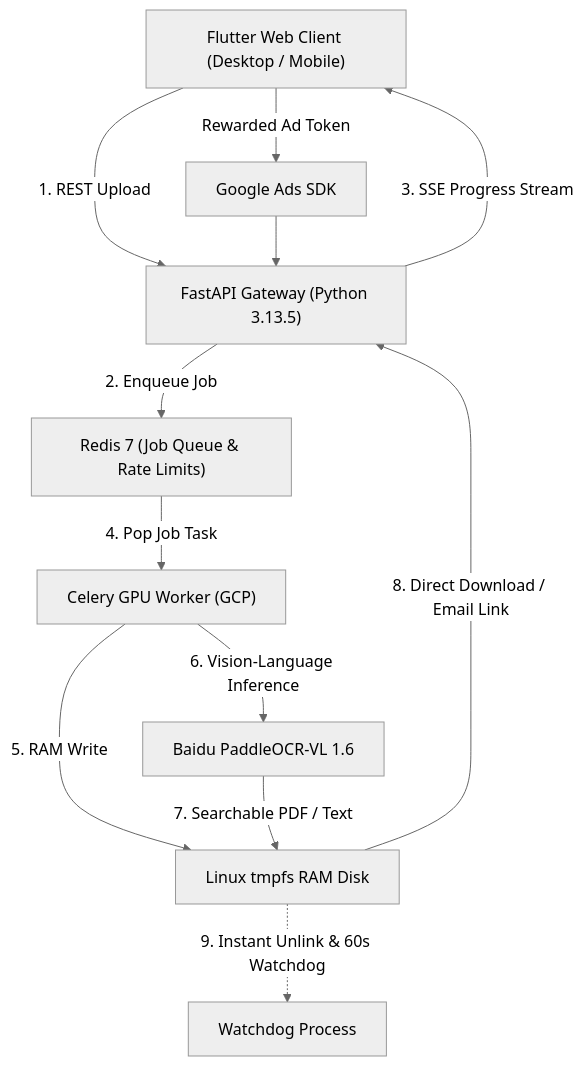
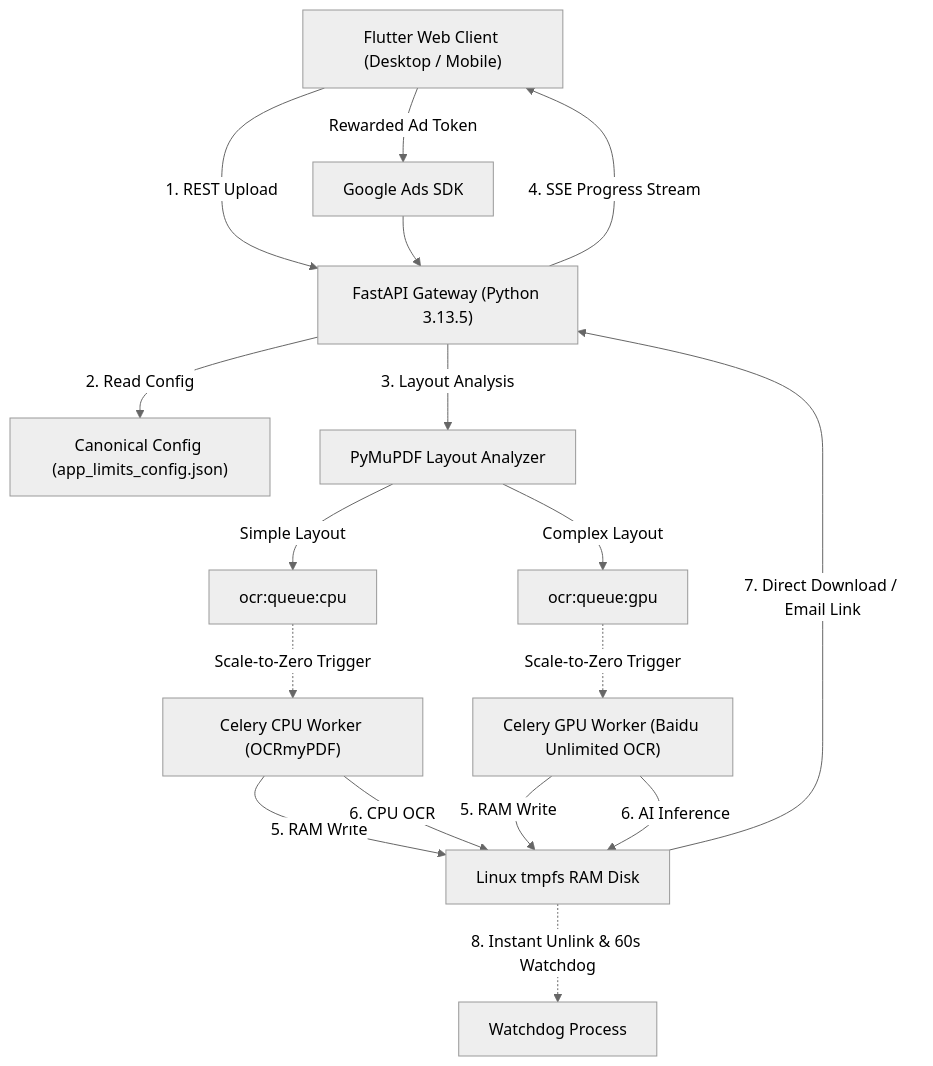
The diagram in product-specs/08-master-prd.md (IHKodifier/freeOcr), drawn with Mermaid (neutral theme) before and after one commit. The commit also changed other lines of this file and 25 other files, not shown here.

Commit message:
app specs updated to dual engine  processing and  AI model changed to Unlimited OCR instead of PaddleOCR

````diff
--- a/product-specs/08-master-prd.md
+++ b/product-specs/08-master-prd.md
@@ -64,14 +68,19 @@
 ```mermaid
 graph TD
     Client["Flutter Web Client (Desktop / Mobile)"] -->|1. REST Upload| GW["FastAPI Gateway (Python 3.13.5)"]
     Client -->|Rewarded Ad Token| AdSDK["Google Ads SDK"]
     AdSDK --> GW
-    GW -->|2. Enqueue Job| Redis["Redis 7 (Job Queue & Rate Limits)"]
-    GW -->|3. SSE Progress Stream| Client
-    Redis -->|4. Pop Job Task| Worker["Celery GPU Worker (GCP)"]
-    Worker -->|5. RAM Write| RAM["Linux tmpfs RAM Disk"]
-    Worker -->|6. Vision-Language Inference| OCR["Baidu PaddleOCR-VL 1.6"]
-    OCR -->|7. Searchable PDF / Text| RAM
-    RAM -->|8. Direct Download / Email Link| GW
-    RAM -.->|9. Instant Unlink & 60s Watchdog| Cleaner["Watchdog Process"]
+    GW -->|2. Read Config| Config["Canonical Config (app_limits_config.json)"]
+    GW -->|3. Layout Analysis| LA["PyMuPDF Layout Analyzer"]
+    LA -->|Simple Layout| QueueCPU["ocr:queue:cpu"]
+    LA -->|Complex Layout| QueueGPU["ocr:queue:gpu"]
+    QueueCPU -.->|Scale-to-Zero Trigger| WorkerCPU["Celery CPU Worker (OCRmyPDF)"]
+    QueueGPU -.->|Scale-to-Zero Trigger| WorkerGPU["Celery GPU Worker (Baidu Unlimited OCR)"]
+    GW -->|4. SSE Progress Stream| Client
+    WorkerCPU -->|5. RAM Write| RAM["Linux tmpfs RAM Disk"]
+    WorkerGPU -->|5. RAM Write| RAM
+    WorkerCPU -->|6. CPU OCR| RAM
+    WorkerGPU -->|6. AI Inference| RAM
+    RAM -->|7. Direct Download / Email Link| GW
+    RAM -.->|8. Instant Unlink & 60s Watchdog| Cleaner["Watchdog Process"]
 ```
````
